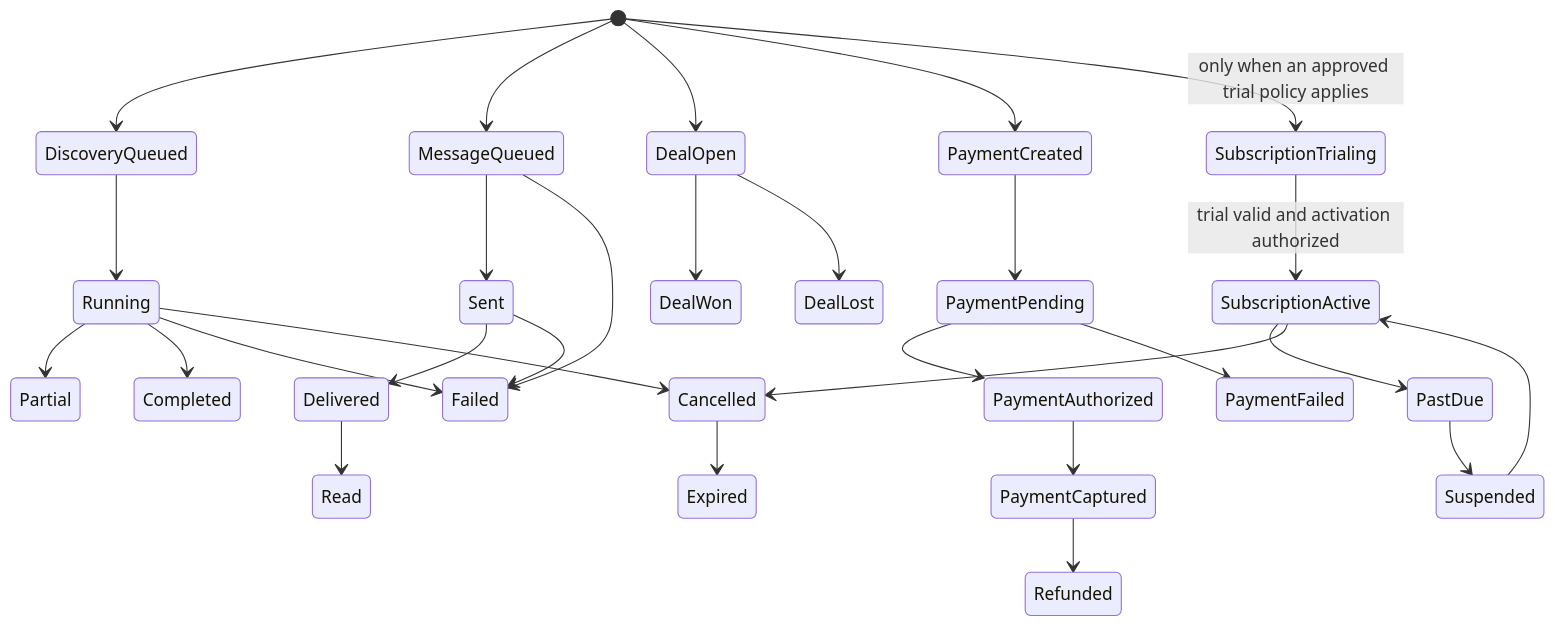
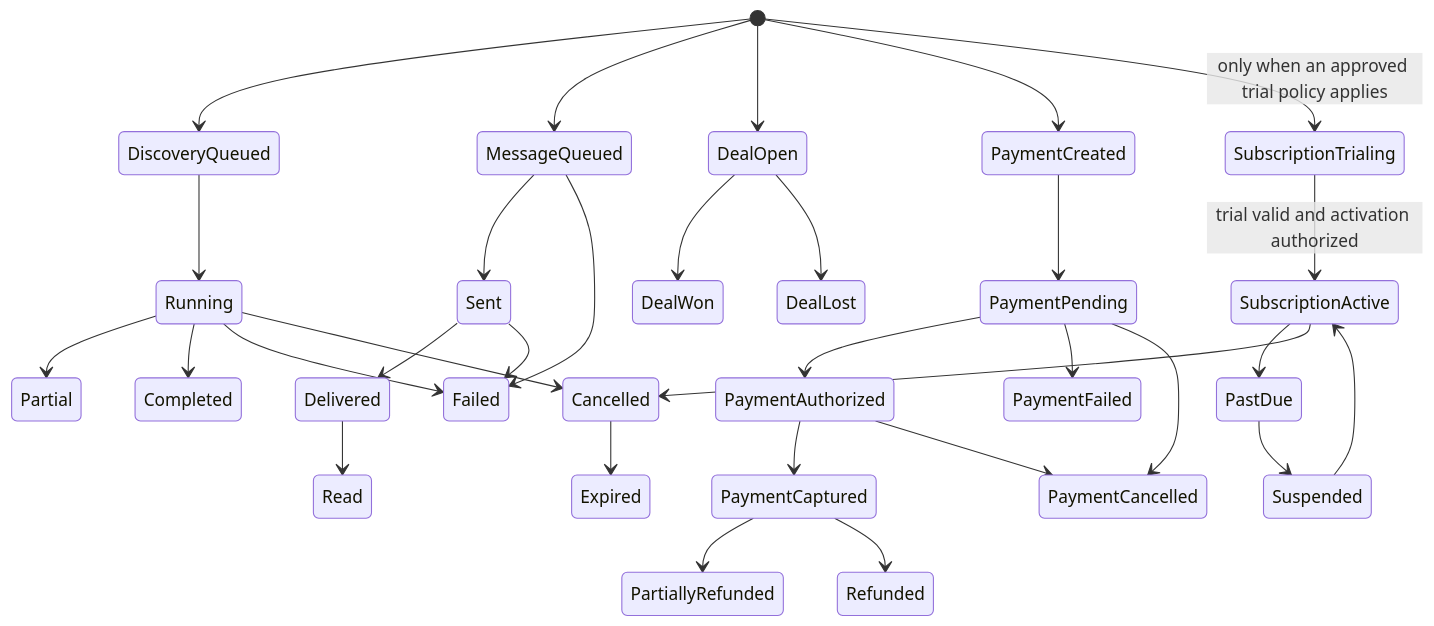
Before and after one commit to mohammed0115/wazlink: the diagram in BACKEND_STATE_MACHINES.md, drawn with Mermaid. The commit also changed other lines of this file and 10 other files, not shown here.

````diff
--- a/BACKEND_STATE_MACHINES.md
+++ b/BACKEND_STATE_MACHINES.md
@@ -10,35 +10,38 @@
 ```mermaid
 stateDiagram-v2
   [*] --> DiscoveryQueued
   DiscoveryQueued --> Running
   Running --> Partial
   Running --> Completed
   Running --> Failed
   Running --> Cancelled
 
   [*] --> MessageQueued
   MessageQueued --> Sent
   Sent --> Delivered
   Delivered --> Read
   MessageQueued --> Failed
   Sent --> Failed
 
   [*] --> DealOpen
   DealOpen --> DealWon
   DealOpen --> DealLost
 
   [*] --> PaymentCreated
   PaymentCreated --> PaymentPending
   PaymentPending --> PaymentAuthorized
   PaymentAuthorized --> PaymentCaptured
   PaymentPending --> PaymentFailed
+  PaymentPending --> PaymentCancelled
+  PaymentAuthorized --> PaymentCancelled
+  PaymentCaptured --> PartiallyRefunded
   PaymentCaptured --> Refunded
 
   [*] --> SubscriptionTrialing : only when an approved trial policy applies
   SubscriptionTrialing --> SubscriptionActive : trial valid and activation authorized
   SubscriptionActive --> PastDue
   PastDue --> Suspended
   Suspended --> SubscriptionActive
   SubscriptionActive --> Cancelled
   Cancelled --> Expired
 ```
````
